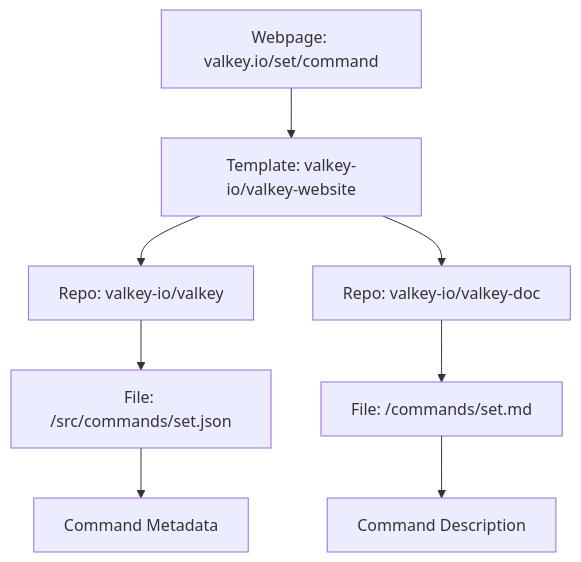
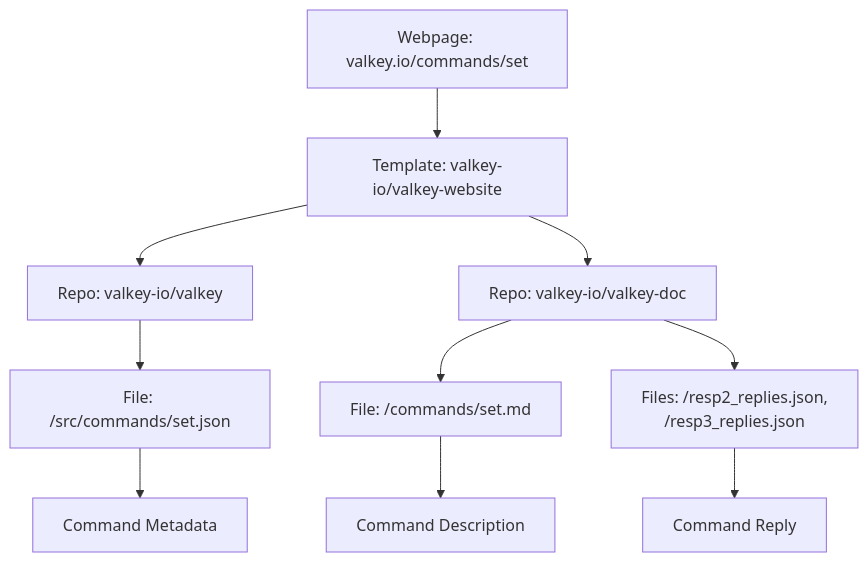
One commit to valkey-io/valkey-io.github.io changed the second of 2 diagrams in README.md. Above: the diagram before and after it, drawn with Mermaid. The commit also changed other lines of this file, not shown here.

First line of the commit message:
Document the source of command replies in the README (#192)

````diff
--- a/README.md
+++ b/README.md
@@ -68,7 +68,8 @@
 ```mermaid
 flowchart TD
-    A[Webpage: valkey.io/set/command]
+    A[Webpage: valkey.io/commands/set]
     A --> B[Template: valkey-io/valkey-website]
     B --> F[Repo: valkey-io/valkey ] --> G[File: /src/commands/set.json ] --> X[Command Metadata]
     B --> H[Repo: valkey-io/valkey-doc ] --> I[File: /commands/set.md ] --> Y[Command Description]
+    H --> J[Files: /resp2_replies.json,<br/>/resp3_replies.json] --> Z[Command Reply]
 ```
````
